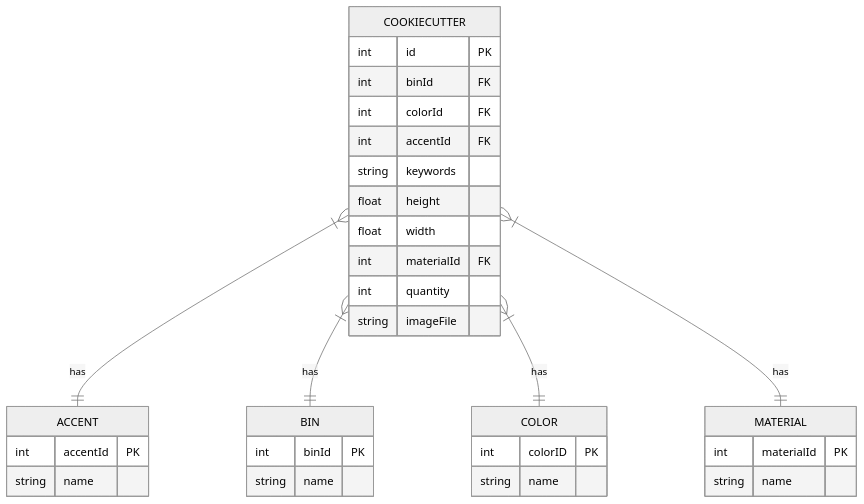
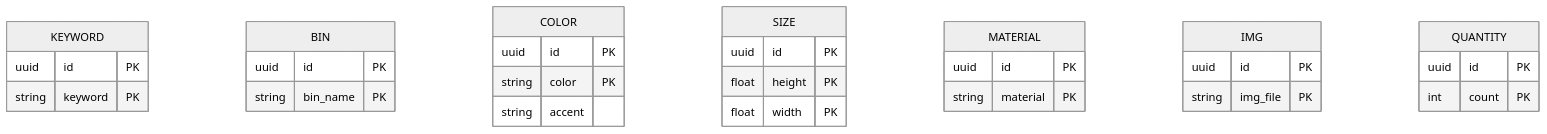
Before and after one commit to scottfones/mysig_inv_mgt: the second of 2 diagrams in README.md, drawn with Mermaid (neutral theme).

Commit message:
normalized schema

````diff
--- a/README.md
+++ b/README.md
@@ -25,35 +25,33 @@
 ```mermaid
 erDiagram
-  COOKIECUTTER }|--|| ACCENT: has
-  COOKIECUTTER }|--|| BIN: has
-  COOKIECUTTER }|--|| COLOR: has
-  COOKIECUTTER }|--|| MATERIAL: has
-  COOKIECUTTER {
-    int id PK
-    int binId FK
-    int colorId FK
-    int accentId FK
-    string keywords
-    float height
-    float width
-    int materialId FK
-    int quantity 
-    string imageFile
-  }
-  ACCENT {
-    int accentId PK
-    string name
+  KEYWORD {
+    uuid id PK
+    string keyword PK
   }
   BIN {
-    int binId PK
-    string name
+    uuid id PK
+    string bin_name PK
   }
   COLOR {
-    int colorID PK
-    string name
+    uuid id PK
+    string color PK
+    string accent
+  }
+  SIZE {
+    uuid id PK
+    float height PK
+    float width PK
   }
   MATERIAL {
-    int materialId PK
-    string name
+    uuid id PK
+    string material PK
+  }
+  IMG {
+    uuid id PK
+    string img_file PK
+  }
+  QUANTITY {
+    uuid id PK
+    int count PK
   }
 ```
````
